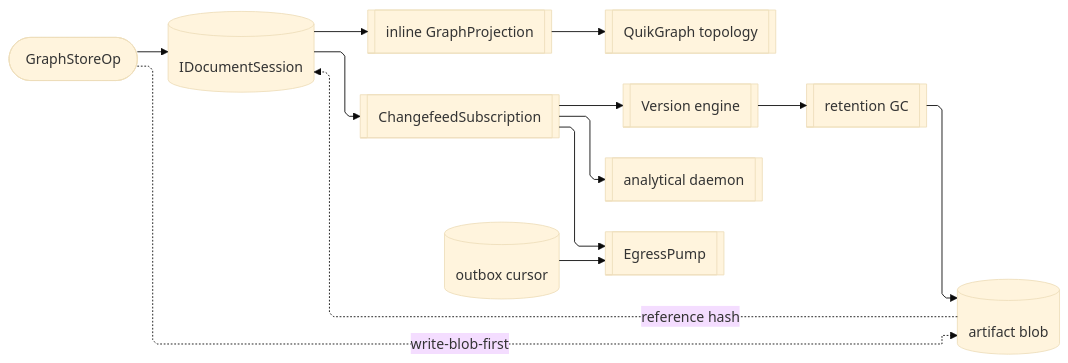
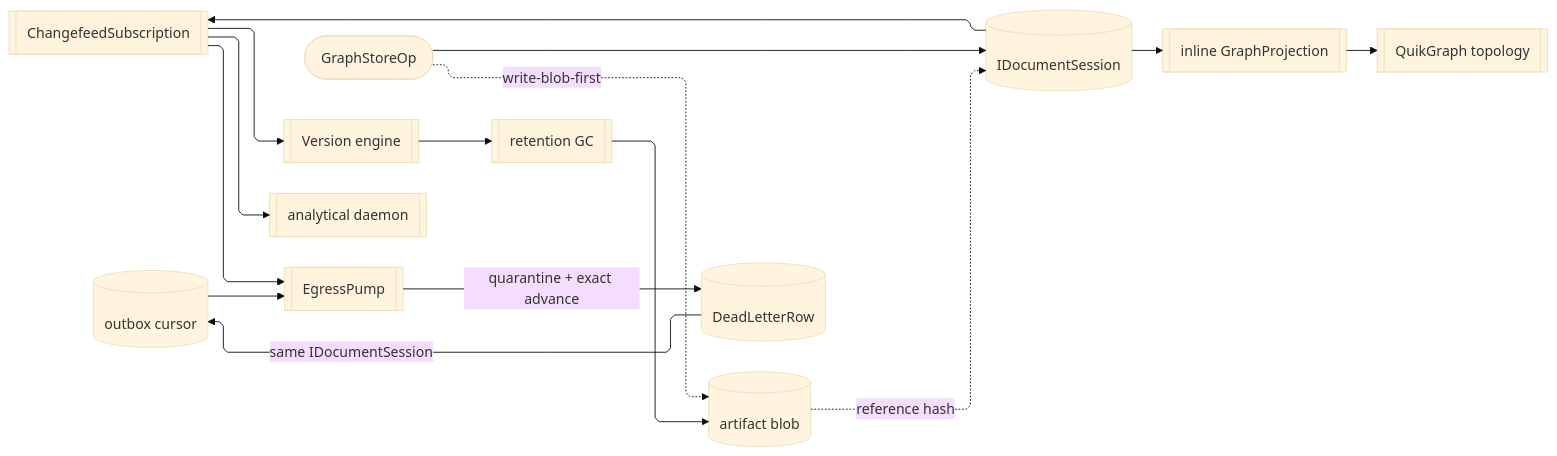
The fourth of 4 diagrams in libs/csharp/Rasm.Persistence/ARCHITECTURE.md (bsamiee/Rasm), drawn with Mermaid (base theme) before and after one commit. The commit also changed other lines of this file and 820 other files, not shown here.

````diff
--- a/libs/csharp/Rasm.Persistence/ARCHITECTURE.md
+++ b/libs/csharp/Rasm.Persistence/ARCHITECTURE.md
@@ -217,24 +221,26 @@
 ```mermaid
 ---
 config:
   layout: elk
   flowchart:
     curve: linear
     padding: 25
 ---
 flowchart LR
     accTitle: ElementGraph persistence flow
     accDescr: How a GraphStoreOp commit materializes the authoritative read, feeds the changefeed lanes, and lands the content-first artifact blob.
     Op([GraphStoreOp]) e1@--> Session[(IDocumentSession)]
     Session e2@--> Inline[[inline GraphProjection]]
     Session e3@--> Changefeed[[ChangefeedSubscription]]
     Inline e4@--> Topology[[QuikGraph topology]]
     Changefeed e5@--> Engine[[Version engine]]
     Changefeed e6@--> Async[[analytical daemon]]
     Changefeed e7@--> Pump[[EgressPump]]
     Cursor[(outbox cursor)] e8@--> Pump
+    Pump e13@-->|"quarantine + exact advance"| Letter[(DeadLetterRow)]
+    Letter e14@-->|"same IDocumentSession"| Cursor
     Op e9@-.write-blob-first.-> Blob[(artifact blob)]
     Blob e10@-.reference hash.-> Session
     Engine e11@--> Retention[[retention GC]]
     Retention e12@--> Blob
 ```
````
